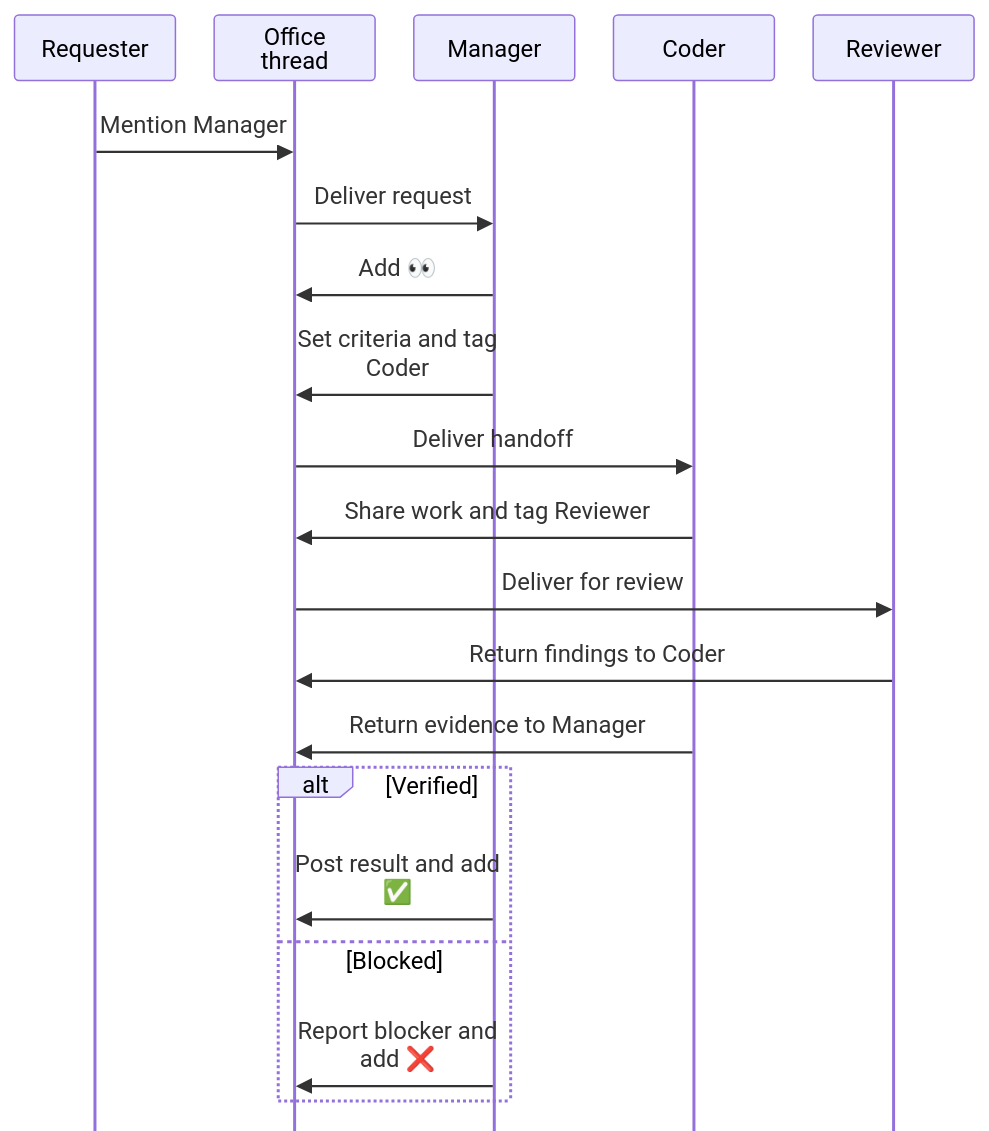
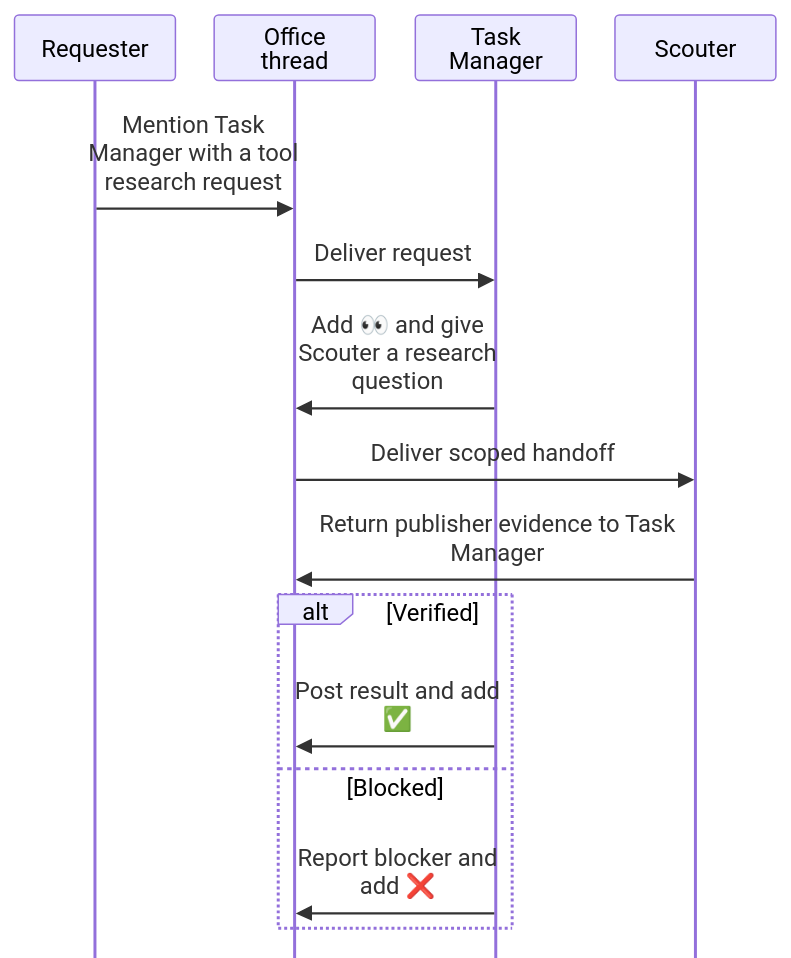
The second of 2 diagrams in README.md (Brotherhood94/always-on-constellation-matrix), drawn with Mermaid before and after one commit. The commit also changed other lines of this file and 62 other files, not shown here.

````diff
--- a/README.md
+++ b/README.md
@@ -78,33 +88,27 @@
 ```mermaid
 ---
 config:
   sequence:
     actorMargin: 26
     width: 108
     height: 44
     messageMargin: 24
     mirrorActors: false
     wrap: true
 ---
 sequenceDiagram
     participant User as Requester
     participant Office as Office thread
-    participant Manager
-    participant Coder
-    participant Reviewer
-
-    User->>Office: Mention Manager
+    participant Manager as Task Manager
+    participant Scout as Scouter
+    User->>Office: Mention Task Manager with a tool research request
     Office->>Manager: Deliver request
-    Manager->>Office: Add 👀
-    Manager->>Office: Set criteria and tag Coder
-    Office->>Coder: Deliver handoff
-    Coder->>Office: Share work and tag Reviewer
-    Office->>Reviewer: Deliver for review
-    Reviewer->>Office: Return findings to Coder
-    Coder->>Office: Return evidence to Manager
+    Manager->>Office: Add 👀 and give Scouter a research question
+    Office->>Scout: Deliver scoped handoff
+    Scout->>Office: Return publisher evidence to Task Manager
     alt Verified
         Manager->>Office: Post result and add ✅
     else Blocked
         Manager->>Office: Report blocker and add ❌
     end
 ```
````
